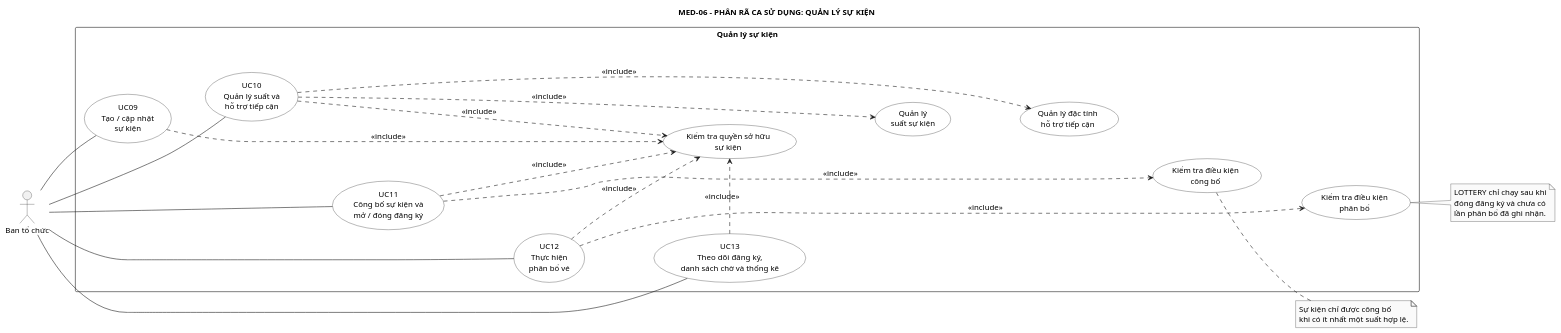
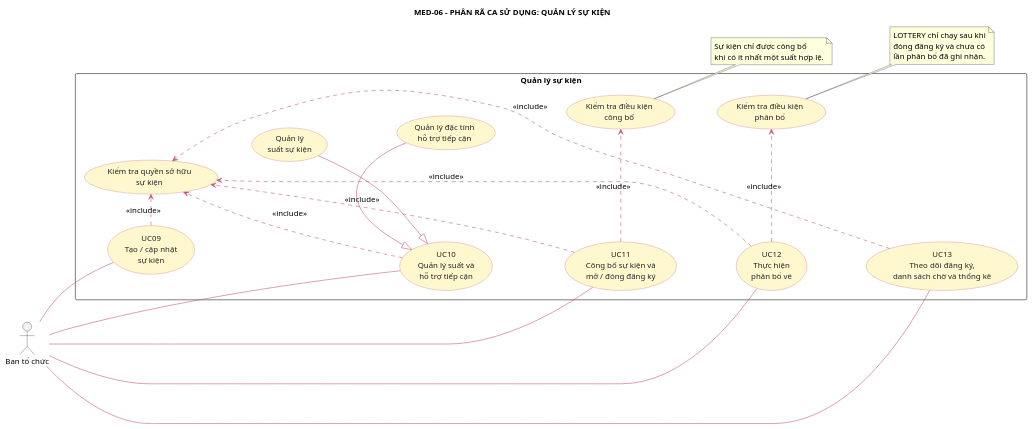
One commit to anh632k-ui/OOP-DoAn changed the diagram in PTTK/01_Actor_UseCase/04-use-case-event-management.puml. Above: the diagram before and after it, drawn with PlantUML. The commit also changed 5 other files, not shown here.

```diff
--- a/PTTK/01_Actor_UseCase/04-use-case-event-management.puml
+++ b/PTTK/01_Actor_UseCase/04-use-case-event-management.puml
@@ -1,70 +1,70 @@
 @startuml
 left to right direction
-skinparam monochrome true
 skinparam shadowing false
 skinparam actorStyle stick
 skinparam defaultFontSize 14
 skinparam packageStyle rectangle
 skinparam usecase {
-  BackgroundColor White
-  BorderColor Black
-  FontColor Black
+ BackgroundColor #FFF8CE
+ BorderColor #C05773
+ ArrowColor #C05773
+ FontColor #222222
 }
 
 title MED-06 - PHÂN RÃ CA SỬ DỤNG: QUẢN LÝ SỰ KIỆN
 
 actor "Ban tổ chức" as BTC
 
 rectangle "Quản lý sự kiện" as HT {
   usecase "UC09\nTạo / cập nhật\nsự kiện" as UC09
   usecase "UC10\nQuản lý suất và\nhỗ trợ tiếp cận" as UC10
   usecase "UC11\nCông bố sự kiện và\nmở / đóng đăng ký" as UC11
   usecase "UC12\nThực hiện\nphân bổ vé" as UC12
   usecase "UC13\nTheo dõi đăng ký,\ndanh sách chờ và thống kê" as UC13
 
   usecase "Kiểm tra quyền sở hữu\nsự kiện" as OWN
   usecase "Quản lý\nsuất sự kiện" as SESSION
   usecase "Quản lý đặc tính\nhỗ trợ tiếp cận" as ACCESS
   usecase "Kiểm tra điều kiện\ncông bố" as PUBLISH
   usecase "Kiểm tra điều kiện\nphân bổ" as ALLOC
 
   UC09 -[hidden]down- UC10
   UC10 -[hidden]down- UC11
   UC11 -[hidden]down- UC12
   UC12 -[hidden]down- UC13
 
   OWN -[hidden]down- SESSION
   SESSION -[hidden]down- ACCESS
   ACCESS -[hidden]down- PUBLISH
   PUBLISH -[hidden]down- ALLOC
 
   UC09 .> OWN : <<include>>
   UC10 .> OWN : <<include>>
   UC11 .> OWN : <<include>>
   UC12 .> OWN : <<include>>
   UC13 .> OWN : <<include>>
 
-  UC10 .> SESSION : <<include>>
-  UC10 .> ACCESS : <<include>>
+  SESSION -|> UC10
+  ACCESS -|> UC10
   UC11 .> PUBLISH : <<include>>
   UC12 .> ALLOC : <<include>>
 }
 
 BTC -- UC09
 BTC -- UC10
 BTC -- UC11
 BTC -- UC12
 BTC -- UC13
 
 note right of PUBLISH
 Sự kiện chỉ được công bố
 khi có ít nhất một suất hợp lệ.
 end note
 
 note right of ALLOC
 LOTTERY chỉ chạy sau khi
 đóng đăng ký và chưa có
 lần phân bổ đã ghi nhận.
 end note
 
 @enduml
```
